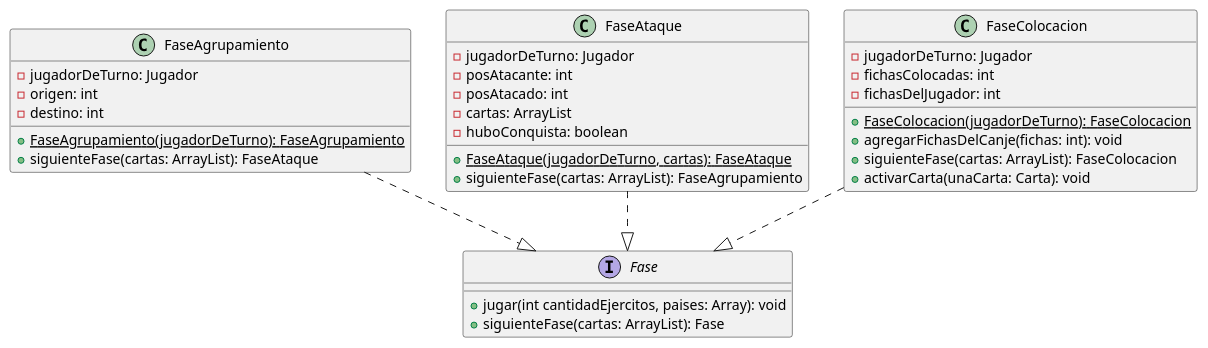
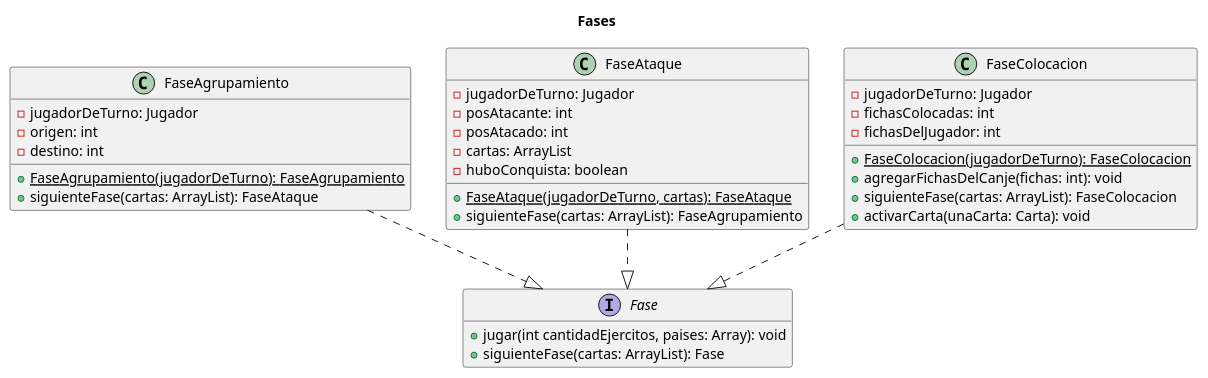
One commit to nauee/Algo3-TP2 changed the diagram in docs/diagramas/diagramas de clase/Fase.puml. Above: the diagram before and after it, drawn with PlantUML. The commit also changed 28 other files, not shown here.

Commit message:
Más diagramas de clase: interfaz

```diff
--- a/docs/diagramas/diagramas de clase/Fase.puml
+++ b/docs/diagramas/diagramas de clase/Fase.puml
@@ -1,41 +1,45 @@
 @startuml
+
+title Fases
+
+hide empty members
 
 interface Fase {
     + jugar(int cantidadEjercitos, paises: Array): void
     + siguienteFase(cartas: ArrayList): Fase
 }
 
 FaseAgrupamiento ..|> Fase
 FaseAtaque ..|> Fase
 FaseColocacion ..|> Fase
 
 class FaseAgrupamiento {
     - jugadorDeTurno: Jugador
     - origen: int
     - destino: int
     + {static} FaseAgrupamiento(jugadorDeTurno): FaseAgrupamiento
     + siguienteFase(cartas: ArrayList): FaseAtaque
 }
 
 class FaseAtaque {
     - jugadorDeTurno: Jugador
     - posAtacante: int
     - posAtacado: int
     - cartas: ArrayList
     - huboConquista: boolean
     + {static} FaseAtaque(jugadorDeTurno, cartas): FaseAtaque
     + siguienteFase(cartas: ArrayList): FaseAgrupamiento
 
 }
 
 class FaseColocacion {
     - jugadorDeTurno: Jugador
     - fichasColocadas: int
     - fichasDelJugador: int
     + {static} FaseColocacion(jugadorDeTurno): FaseColocacion
     + agregarFichasDelCanje(fichas: int): void
     + siguienteFase(cartas: ArrayList): FaseColocacion
     + activarCarta(unaCarta: Carta): void
 }
 
 @enduml
```
